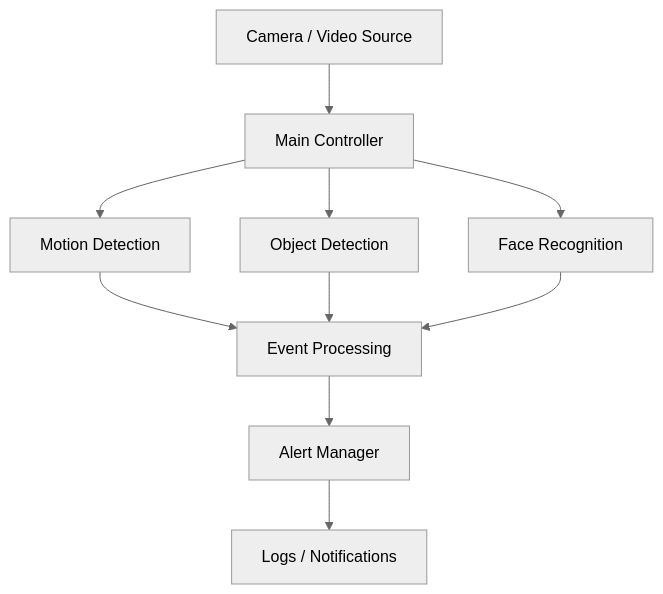
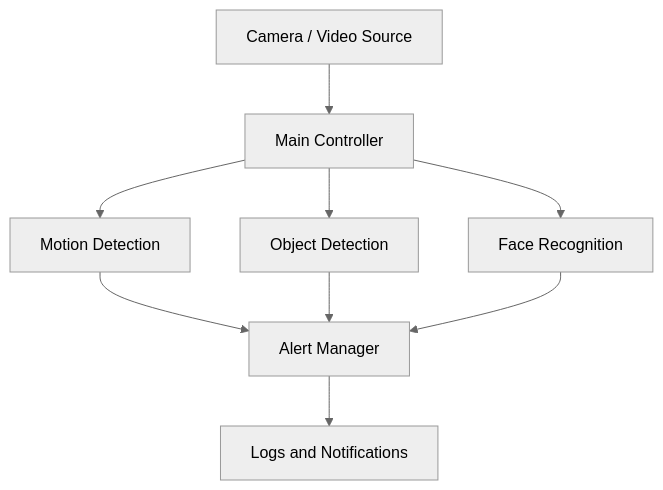
Before and after one commit to vishalyadav7091/AI_Surveillance_System: the diagram in README.md, drawn with Mermaid (neutral theme). The commit also changed other lines of this file, not shown here.

````diff
--- a/README.md
+++ b/README.md
@@ -54,14 +4,11 @@
 ```mermaid
 flowchart TD
     A["Camera / Video Source"] --> B["Main Controller"]
     B --> C["Motion Detection"]
     B --> D["Object Detection"]
     B --> E["Face Recognition"]
-
-    C --> F["Event Processing"]
+    C --> F["Alert Manager"]
     D --> F
     E --> F
-
-    F --> G["Alert Manager"]
-    G --> H["Logs / Notifications"]
+    F --> G["Logs and Notifications"]
 ```
````
